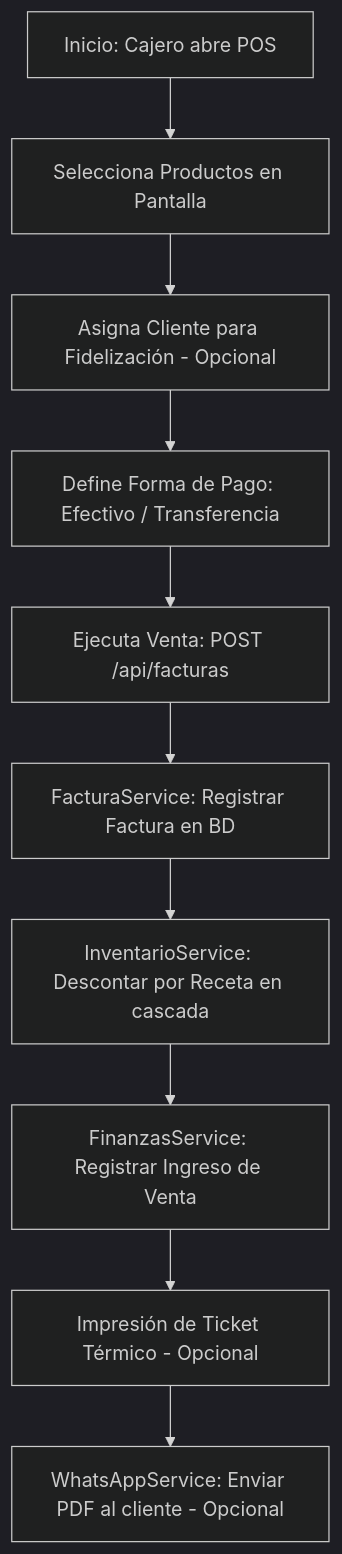
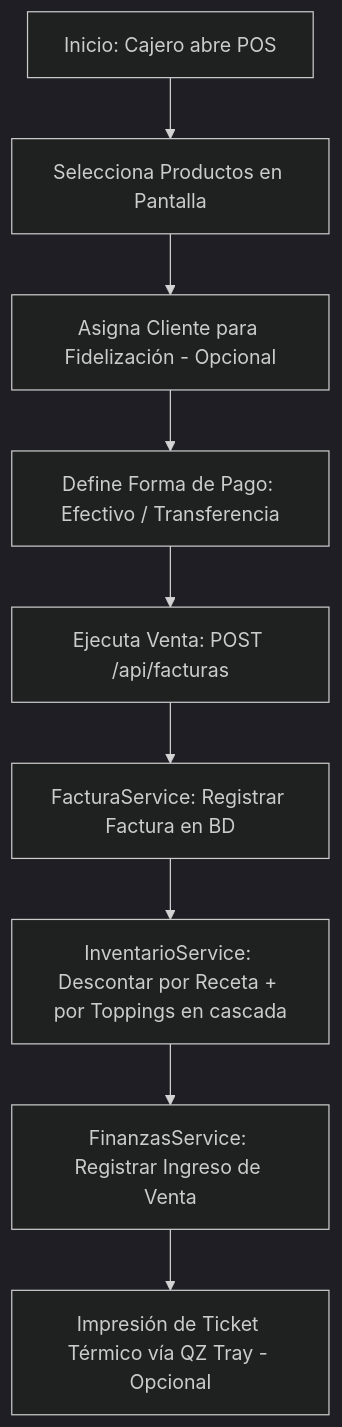
One commit to samuelyepesdev/Gastroflow changed the diagram in docs/modulos/02_pos.md. Above: the diagram before and after it, drawn with Mermaid (dark theme). The commit also changed other lines of this file and 14 other files, not shown here.

Commit message:
docs: create structured documentation suite including module guides, diagrams, and updated README

````diff
--- a/docs/modulos/02_pos.md
+++ b/docs/modulos/02_pos.md
@@ -25,12 +27,11 @@
 ```mermaid
 graph TD
     A[Inicio: Cajero abre POS] --> B[Selecciona Productos en Pantalla]
     B --> C[Asigna Cliente para Fidelización - Opcional]
     C --> D[Define Forma de Pago: Efectivo / Transferencia]
     D --> E[Ejecuta Venta: POST /api/facturas]
     E --> F[FacturaService: Registrar Factura en BD]
-    F --> G[InventarioService: Descontar por Receta en cascada]
+    F --> G[InventarioService: Descontar por Receta + por Toppings en cascada]
     G --> H[FinanzasService: Registrar Ingreso de Venta]
-    H --> I[Impresión de Ticket Térmico - Opcional]
-    I --> J[WhatsAppService: Enviar PDF al cliente - Opcional]
+    H --> I[Impresión de Ticket Térmico vía QZ Tray - Opcional]
 ```
````
